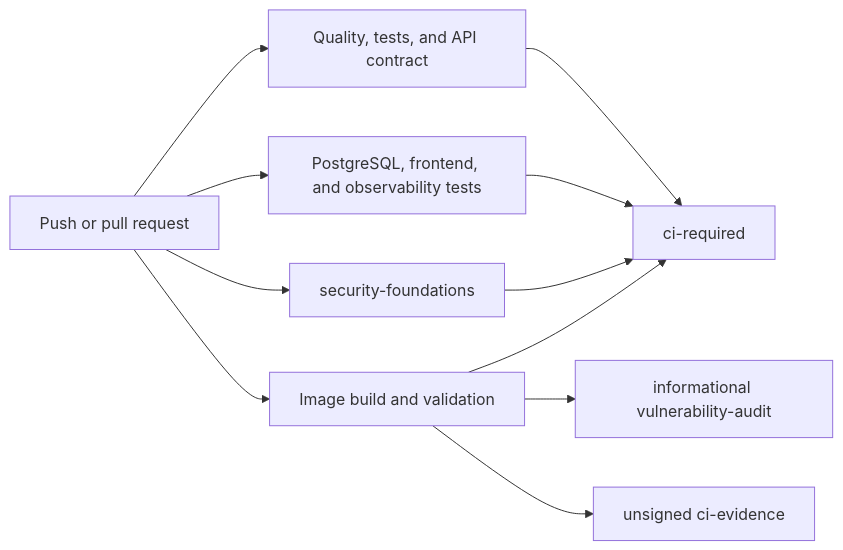
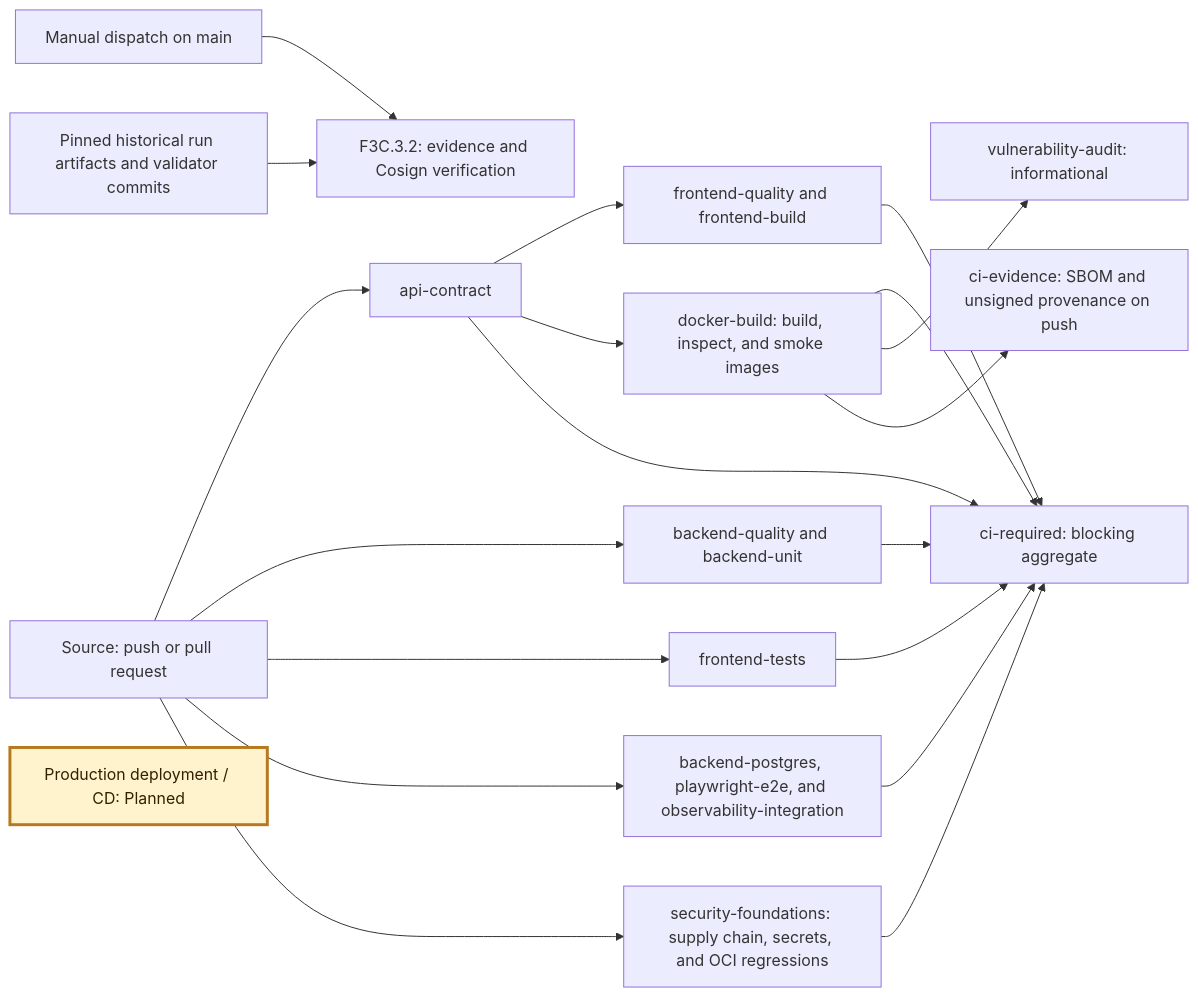
One commit to jacivaldocarvalho/jc-infrapulse changed the fourth of 4 diagrams in docs/architecture.md. Above: the diagram before and after it, drawn with Mermaid. The commit also changed other lines of this file, not shown here.

Commit message:
docs: document DevSecOps pipeline architecture

````diff
--- a/docs/architecture.md
+++ b/docs/architecture.md
@@ -62,13 +62,39 @@
 ```mermaid
 flowchart LR
-    Change[Push or pull request] --> Quality[Quality, tests, and API contract]
-    Change --> Integration[PostgreSQL, frontend, and observability tests]
-    Change --> Security[security-foundations]
-    Change --> Images[Image build and validation]
-    Quality --> Required[ci-required]
+    Source["Source: push or pull request"]
+    Contract["api-contract"]
+    Quality["backend-quality and backend-unit"]
+    FrontendContract["frontend-quality and frontend-build"]
+    FrontendTests["frontend-tests"]
+    Integration["backend-postgres, playwright-e2e, and observability-integration"]
+    Security["security-foundations: supply chain, secrets, and OCI regressions"]
+    Images["docker-build: build, inspect, and smoke images"]
+    Required["ci-required: blocking aggregate"]
+    Audit["vulnerability-audit: informational"]
+    Evidence["ci-evidence: SBOM and unsigned provenance on push"]
+    Dispatch["Manual dispatch on main"]
+    Historical["Pinned historical run artifacts and validator commits"]
+    Verify["F3C.3.2: evidence and Cosign verification"]
+    Planned["Production deployment / CD: Planned"]
+
+    Source --> Contract
+    Source --> Quality
+    Source --> FrontendTests
+    Source --> Integration
+    Source --> Security
+    Contract --> FrontendContract
+    Contract --> Images
+    Quality --> Required
+    Contract --> Required
+    FrontendContract --> Required
+    FrontendTests --> Required
     Integration --> Required
     Security --> Required
     Images --> Required
-    Images --> Audit[informational vulnerability-audit]
-    Images --> Evidence[unsigned ci-evidence]
+    Images --> Audit
+    Images --> Evidence
+    Dispatch --> Verify
+    Historical --> Verify
+
+    style Planned fill:#fff3cd,stroke:#b7791f,stroke-width:3px,color:#332000
 ```
````
